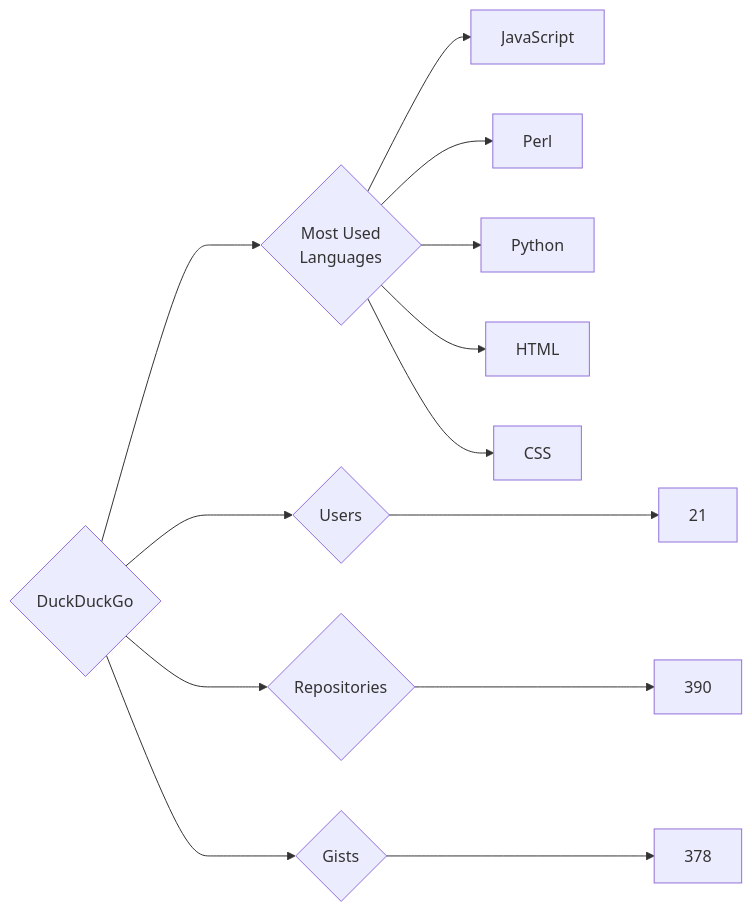
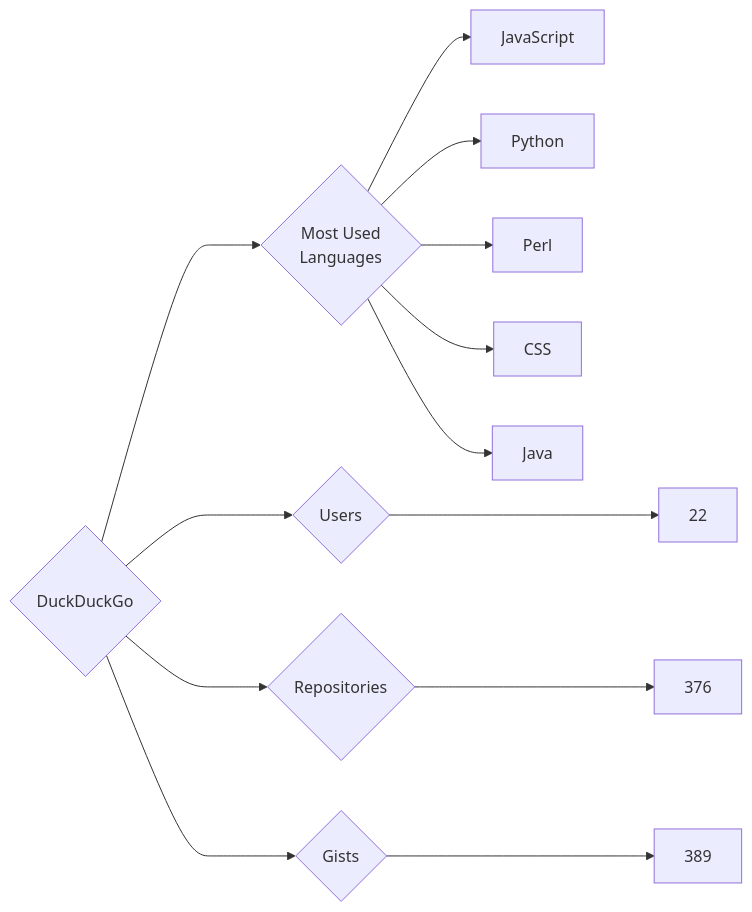
Before and after one commit to trickest/insiders: the diagram in targets/DuckDuckGo/README.md, drawn with Mermaid. The commit also changed 927 other files, not shown here.

````diff
--- a/targets/DuckDuckGo/README.md
+++ b/targets/DuckDuckGo/README.md
@@ -3,13 +3,13 @@
 ```mermaid
 graph LR
 COMPANY_NAME{DuckDuckGo}
-COMPANY_NAME ---> U{Users} ---> UN[21]
-COMPANY_NAME ---> R{Repositories} ---> RN[390]
-COMPANY_NAME ---> G{Gists} ---> GN[378]
+COMPANY_NAME ---> U{Users} ---> UN[22]
+COMPANY_NAME ---> R{Repositories} ---> RN[376]
+COMPANY_NAME ---> G{Gists} ---> GN[389]
 COMPANY_NAME ---> ML{Most Used<br>Languages}
 ML --> JavaScript[JavaScript]
+ML --> Python[Python]
 ML --> Perl[Perl]
-ML --> Python[Python]
-ML --> HTML[HTML]
 ML --> CSS[CSS]
+ML --> Java[Java]
 ```
````
